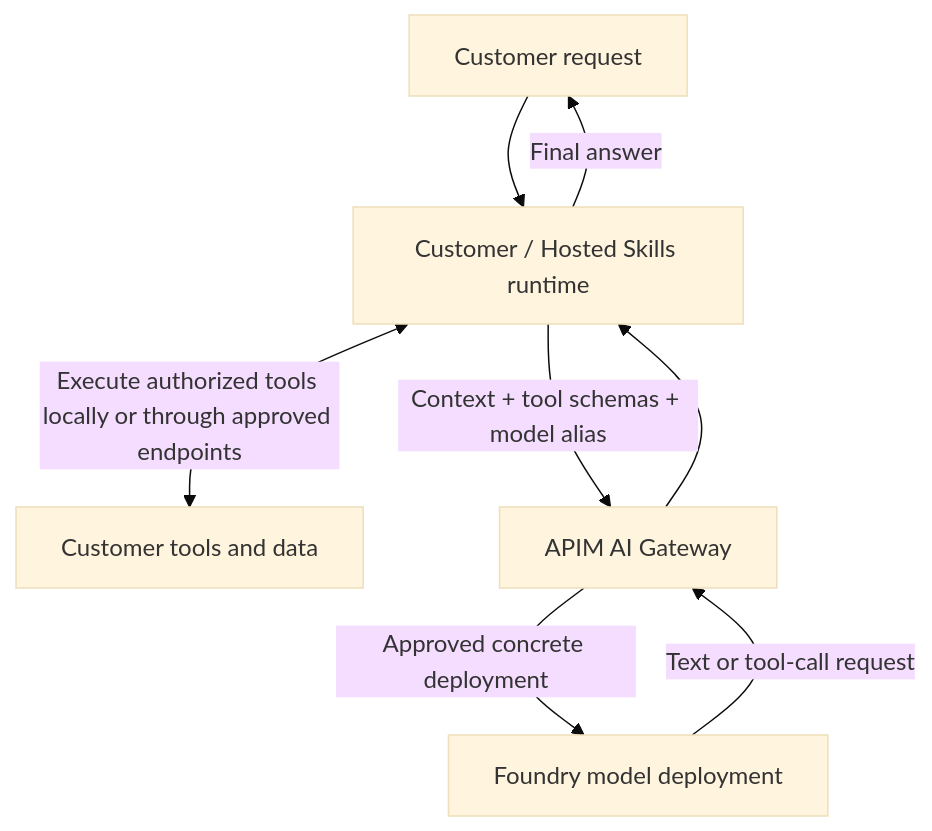
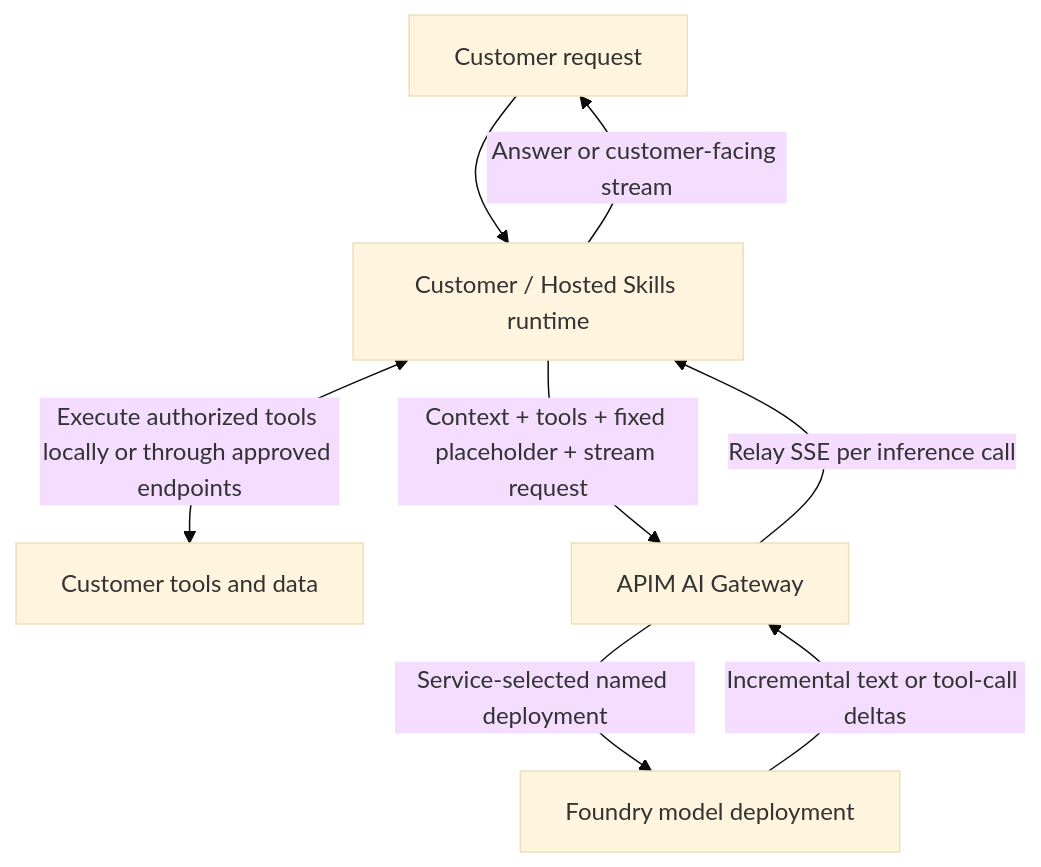
One commit to swapnil-nagar/model-service-pocs changed the first of 2 diagrams in 08-stateless-ai-gateway/README.md. Above: the diagram before and after it, drawn with Mermaid (base theme). The commit also changed other lines of this file and 18 other files, not shown here.

````diff
--- a/08-stateless-ai-gateway/README.md
+++ b/08-stateless-ai-gateway/README.md
@@ -39,10 +44,10 @@
 ```mermaid
 flowchart TB
     U[Customer request] --> R[Customer / Hosted Skills runtime]
     R <-->|Execute authorized tools locally or through approved endpoints| T[Customer tools and data]
-    R -->|Context + tool schemas + model alias| G[APIM AI Gateway]
-    G -->|Approved concrete deployment| M[Foundry model deployment]
-    M -->|Text or tool-call request| G
-    G --> R
-    R -->|Final answer| U
+    R -->|Context + tools + fixed placeholder + stream request| G[APIM AI Gateway]
+    G -->|Service-selected named deployment| M[Foundry model deployment]
+    M -->|Incremental text or tool-call deltas| G
+    G -->|Relay SSE per inference call| R
+    R -->|Answer or customer-facing stream| U
 ```
````
